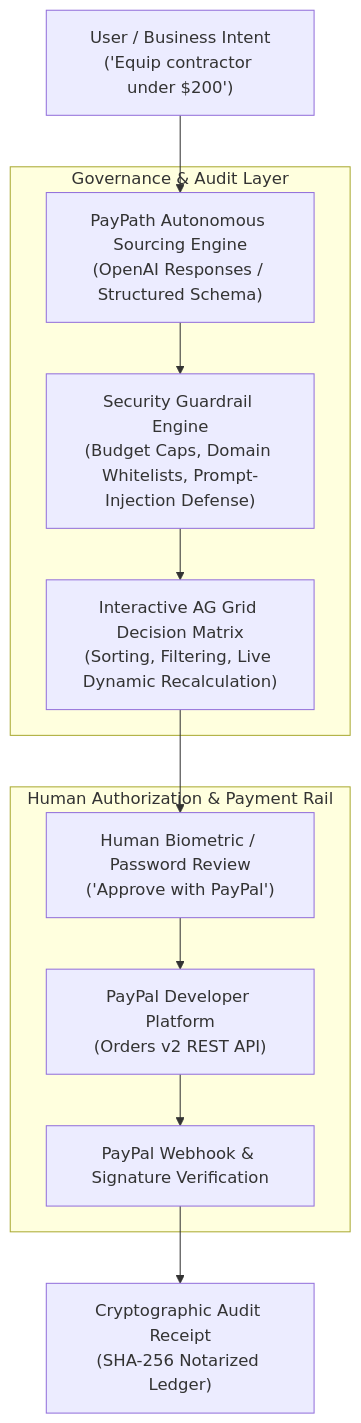
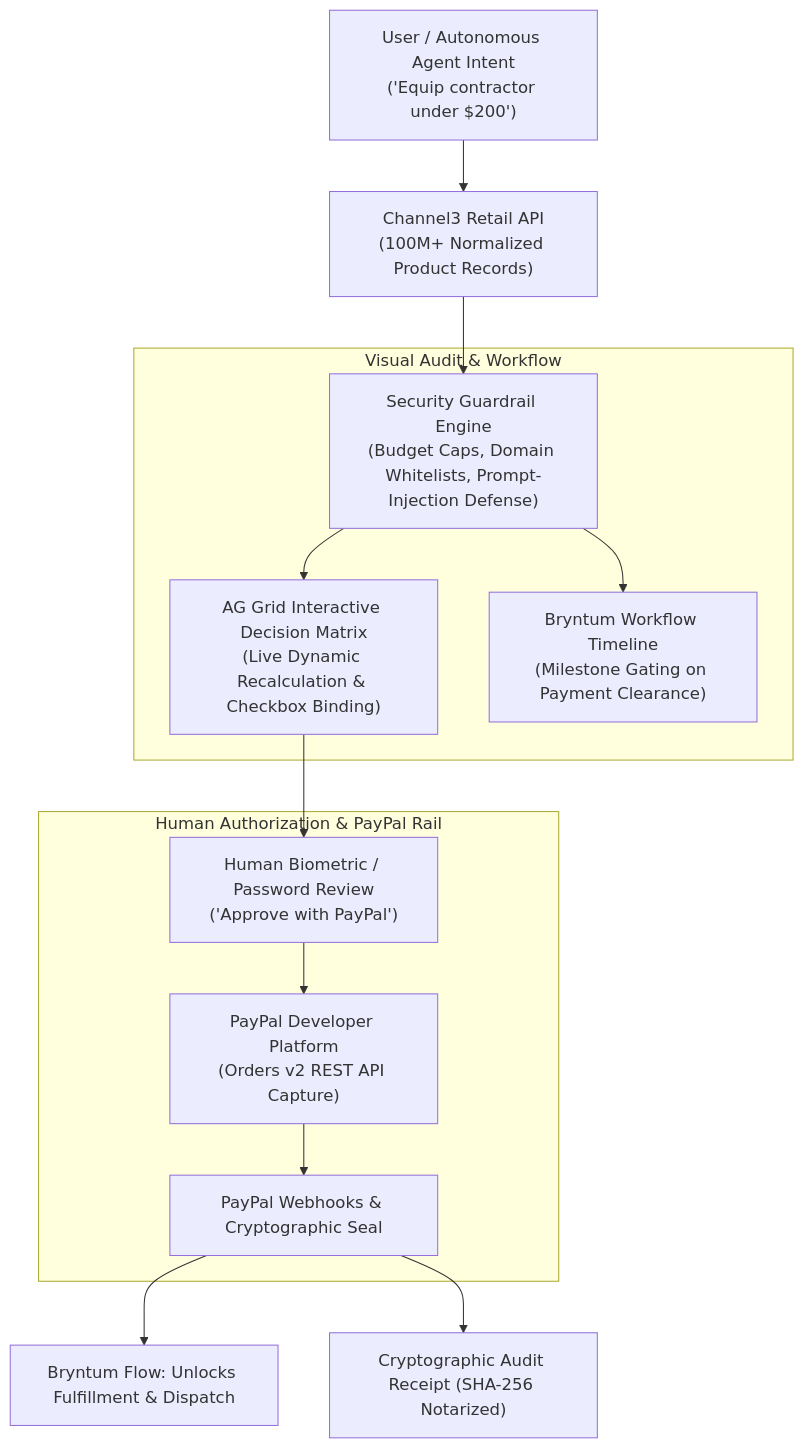
Before and after one commit to ManoShruthiS/paypath: the diagram in README.md, drawn with Mermaid. The commit also changed other lines of this file and 10 other files, not shown here.

Commit message:
feat: complete multi-sponsor integration with Channel3 product API, Bryntum milestone flow, and Render blueprint

````diff
--- a/README.md
+++ b/README.md
@@ -32,17 +45,19 @@
 ```mermaid
 flowchart TD
-    User["User / Business Intent\n('Equip contractor under $200')"] --> Agent["PayPath Autonomous Sourcing Engine\n(OpenAI Responses / Structured Schema)"]
+    User["User / Autonomous Agent Intent\n('Equip contractor under $200')"] --> Channel3["Channel3 Retail API\n(100M+ Normalized Product Records)"]
+    Channel3 --> Policy["Security Guardrail Engine\n(Budget Caps, Domain Whitelists, Prompt-Injection Defense)"]
     
-    subgraph Governance & Audit Layer
-        Agent --> PolicyCheck["Security Guardrail Engine\n(Budget Caps, Domain Whitelists, Prompt-Injection Defense)"]
-        PolicyCheck --> AGGrid["Interactive AG Grid Decision Matrix\n(Sorting, Filtering, Live Dynamic Recalculation)"]
+    subgraph Visual Audit & Workflow
+        Policy --> AGGrid["AG Grid Interactive Decision Matrix\n(Live Dynamic Recalculation & Checkbox Binding)"]
+        Policy --> Bryntum["Bryntum Workflow Timeline\n(Milestone Gating on Payment Clearance)"]
     end
     
-    subgraph Human Authorization & Payment Rail
+    subgraph Human Authorization & PayPal Rail
         AGGrid --> Approval["Human Biometric / Password Review\n('Approve with PayPal')"]
-        Approval --> PayPalAPI["PayPal Developer Platform\n(Orders v2 REST API)"]
-        PayPalAPI --> Webhook["PayPal Webhook & Signature Verification"]
+        Approval --> PayPalAPI["PayPal Developer Platform\n(Orders v2 REST API Capture)"]
+        PayPalAPI --> Webhook["PayPal Webhooks & Cryptographic Seal"]
     end
     
-    Webhook --> Receipt["Cryptographic Audit Receipt\n(SHA-256 Notarized Ledger)"]
+    Webhook --> BryntumUnlock["Bryntum Flow: Unlocks Fulfillment & Dispatch"]
+    Webhook --> Receipt["Cryptographic Audit Receipt (SHA-256 Notarized)"]
 ```
````
